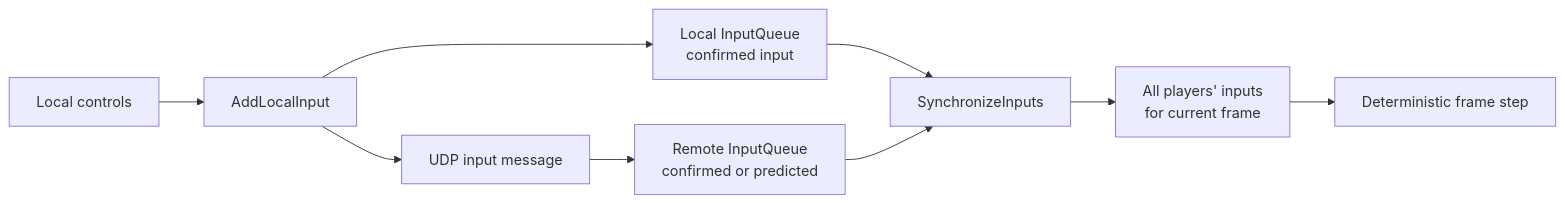
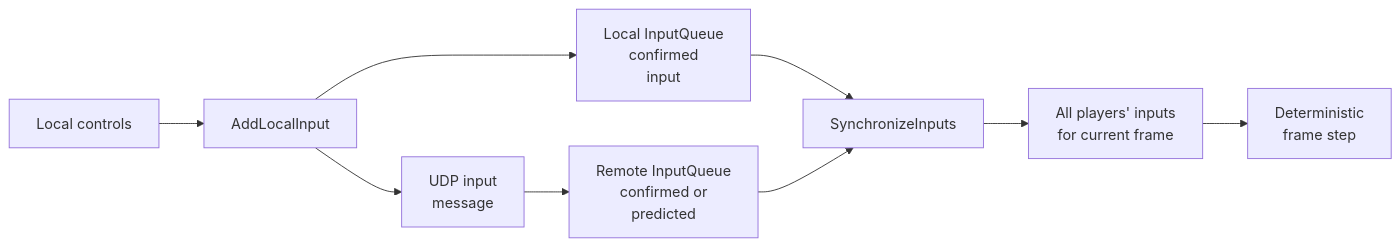
The first of 2 diagrams in doc/architecture/Synchronization.md (irregularthanis/ggpo-next), drawn with Mermaid before and after one commit. The commit also changed other lines of this file and 9 other files, not shown here.

Commit message:
docs: wrap Mermaid diagram labels

````diff
--- a/doc/architecture/Synchronization.md
+++ b/doc/architecture/Synchronization.md
@@ -28,18 +28,18 @@
 ```mermaid
 flowchart LR
     Device["Local controls"]
     Submit["AddLocalInput"]
-    LocalQueue["Local InputQueue<br/>confirmed input"]
-    Network["UDP input message"]
-    RemoteQueue["Remote InputQueue<br/>confirmed or predicted"]
+    LocalQueue["Local InputQueue<br/>confirmed<br/>input"]
+    Network["UDP input<br/>message"]
+    RemoteQueue["Remote InputQueue<br/>confirmed or<br/>predicted"]
     Sync["SynchronizeInputs"]
     Composite["All players' inputs<br/>for current frame"]
-    Game["Deterministic frame step"]
+    Game["Deterministic<br/>frame step"]
 
     Device --> Submit --> LocalQueue
     Submit --> Network
     Network --> RemoteQueue
     LocalQueue --> Sync
     RemoteQueue --> Sync
     Sync --> Composite --> Game
 ```
````
